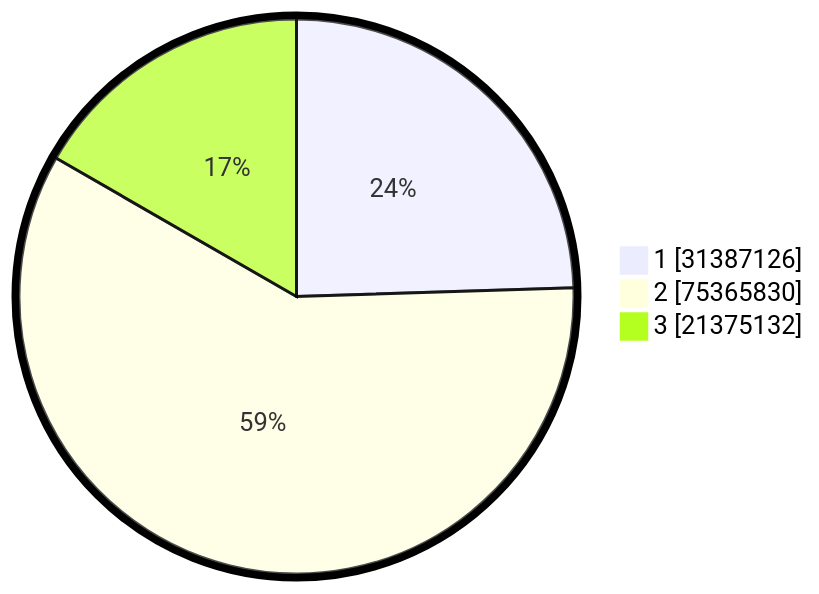
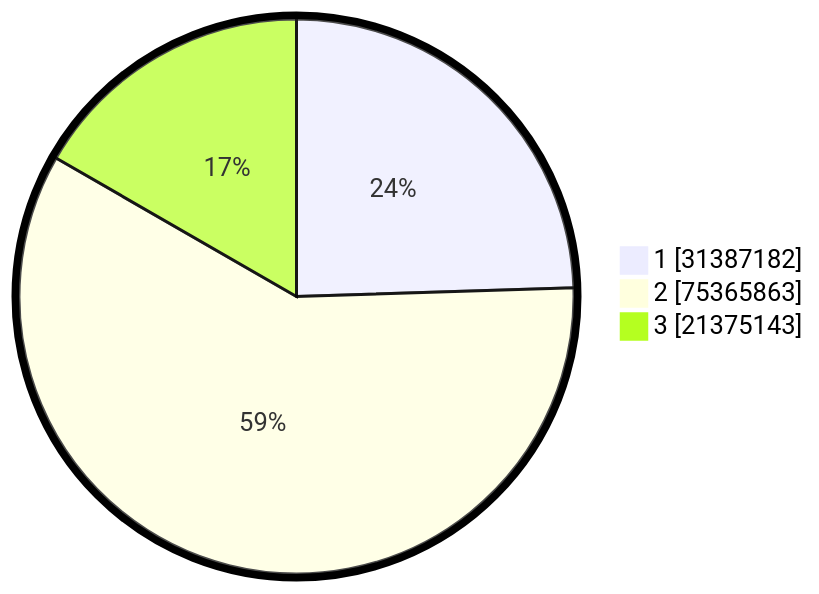
The second of 2 diagrams in pilpres/hitung-suara/README.md (gigit-pemilu/pemilu-2024), drawn with Mermaid before and after one commit. The commit also changed other lines of this file and 5 other files, not shown here.

````diff
--- a/pilpres/hitung-suara/README.md
+++ b/pilpres/hitung-suara/README.md
@@ -93,7 +93,7 @@
 ```mermaid
 %%{init: {"pie": {"textPosition": 0.5}, "themeVariables": {"pieOuterStrokeWidth": "5px"}} }%%
 pie showData
-    "1" : 31387126
-    "2" : 75365830
-    "3" : 21375132
+    "1" : 31387182
+    "2" : 75365863
+    "3" : 21375143
 ```
````
